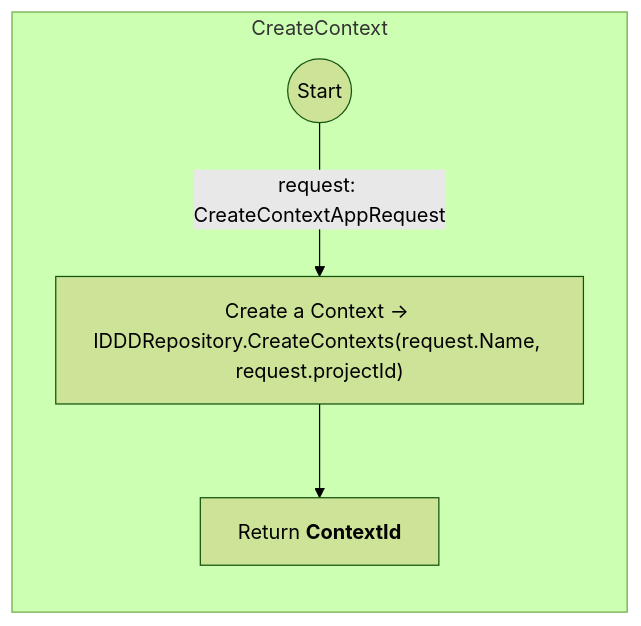
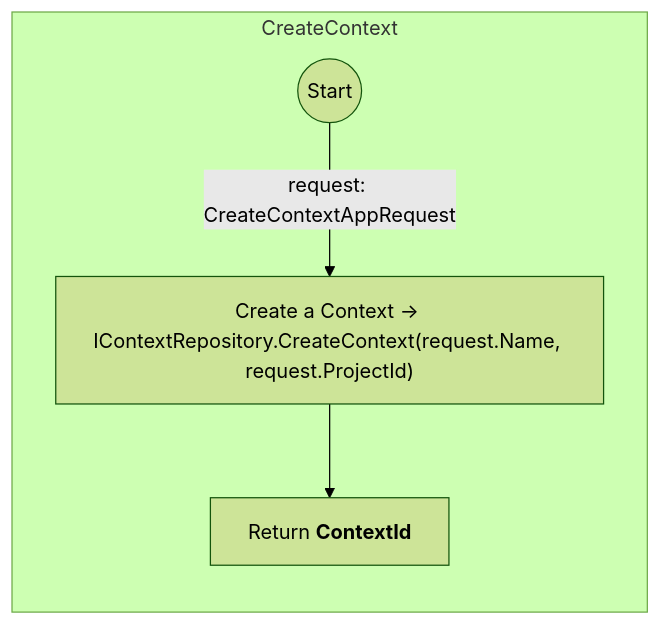
The second of 3 diagrams in AI/Actions/ContextAppService.md (sdlfly2000/DomainBasedDesigner), drawn with Mermaid (forest theme) before and after one commit. The commit also changed other lines of this file and 5 other files, not shown here.

Commit message:
adapt ContextAppService

````diff
--- a/AI/Actions/ContextAppService.md
+++ b/AI/Actions/ContextAppService.md
@@ -42,9 +42,9 @@
     ```mermaid
         graph TB
             subgraph main CreateContext[CreateContext]
                 direction TB
                 start2(("Start")) --> 
-                |request: CreateContextAppRequest| CreateContext["Create a Context -> IDDDRepository.CreateContexts(request.Name, request.projectId)"]-->
+                |request: CreateContextAppRequest| CreateContext["Create a Context -> IContextRepository.CreateContext(request.Name, request.ProjectId)"]-->
                 return2["`Return **ContextId**`"]
             end
     ```
````
